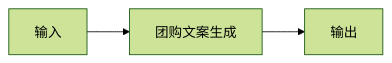
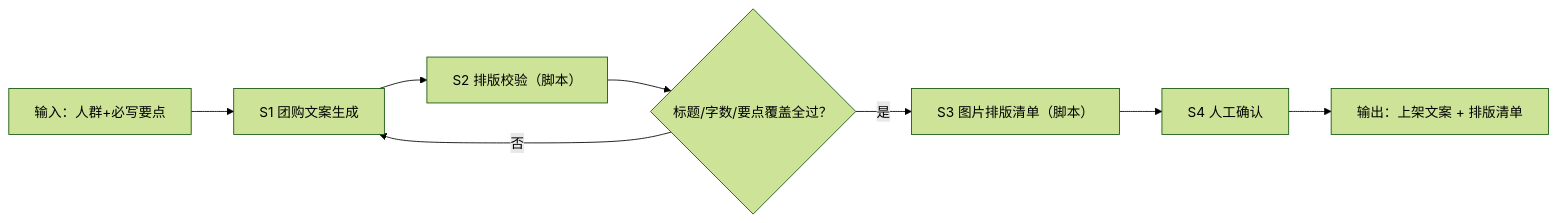
The diagram in workflows/groupbuy-title-image-copy-flow/SKILL.md (bangwozuo/groupbuy-designer-zh), drawn with Mermaid (forest theme) before and after one commit. The commit also changed other lines of this file and 76 other files, not shown here.

````diff
--- a/workflows/groupbuy-title-image-copy-flow/SKILL.md
+++ b/workflows/groupbuy-title-image-copy-flow/SKILL.md
@@ -26,8 +33,10 @@
 ```mermaid
 flowchart LR
-    IN["输入"]
-    S1["团购文案生成"]
-    OUT["输出"]
-    IN --> S1
-    S1 --> OUT
+    IN["输入：人群+必写要点"] --> S1["S1 团购文案生成"]
+    S1 --> S2["S2 排版校验（脚本）"]
+    S2 --> Q1{"标题/字数/要点覆盖全过？"}
+    Q1 -- 否 --> S1
+    Q1 -- 是 --> S3["S3 图片排版清单（脚本）"]
+    S3 --> S4["S4 人工确认"]
+    S4 --> OUT["输出：上架文案 + 排版清单"]
 ```
````
